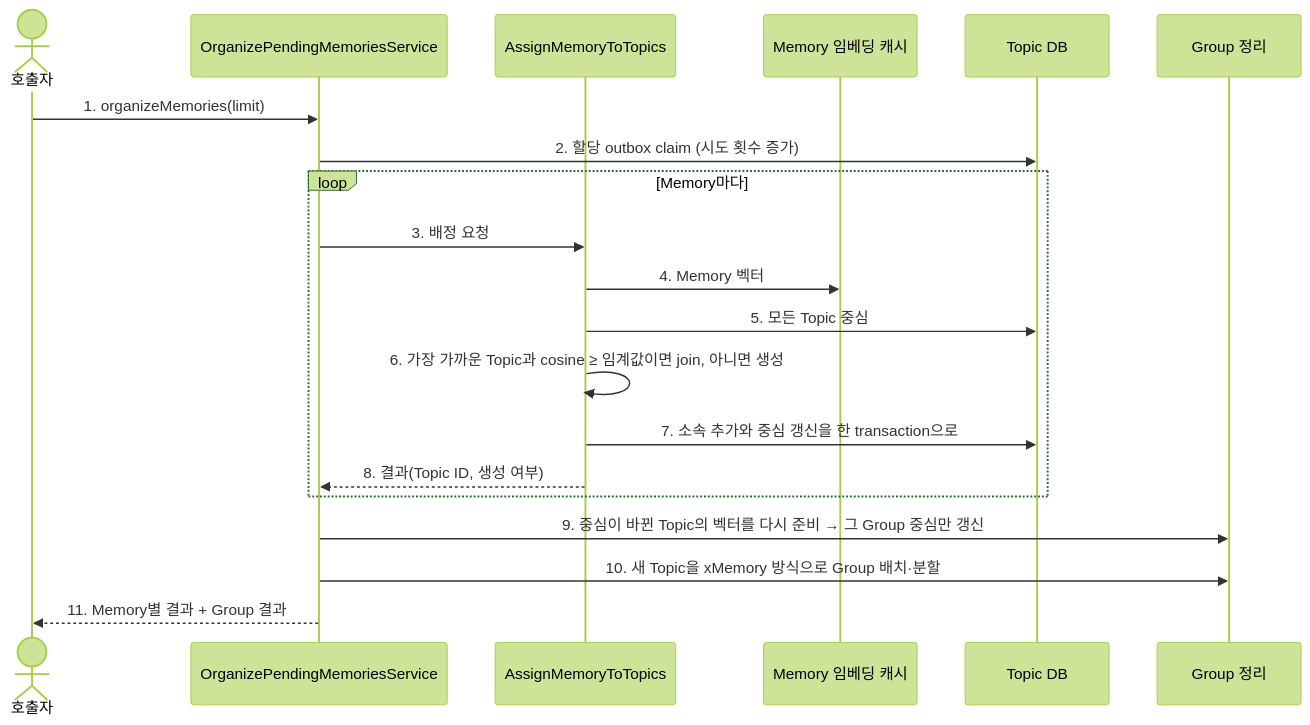
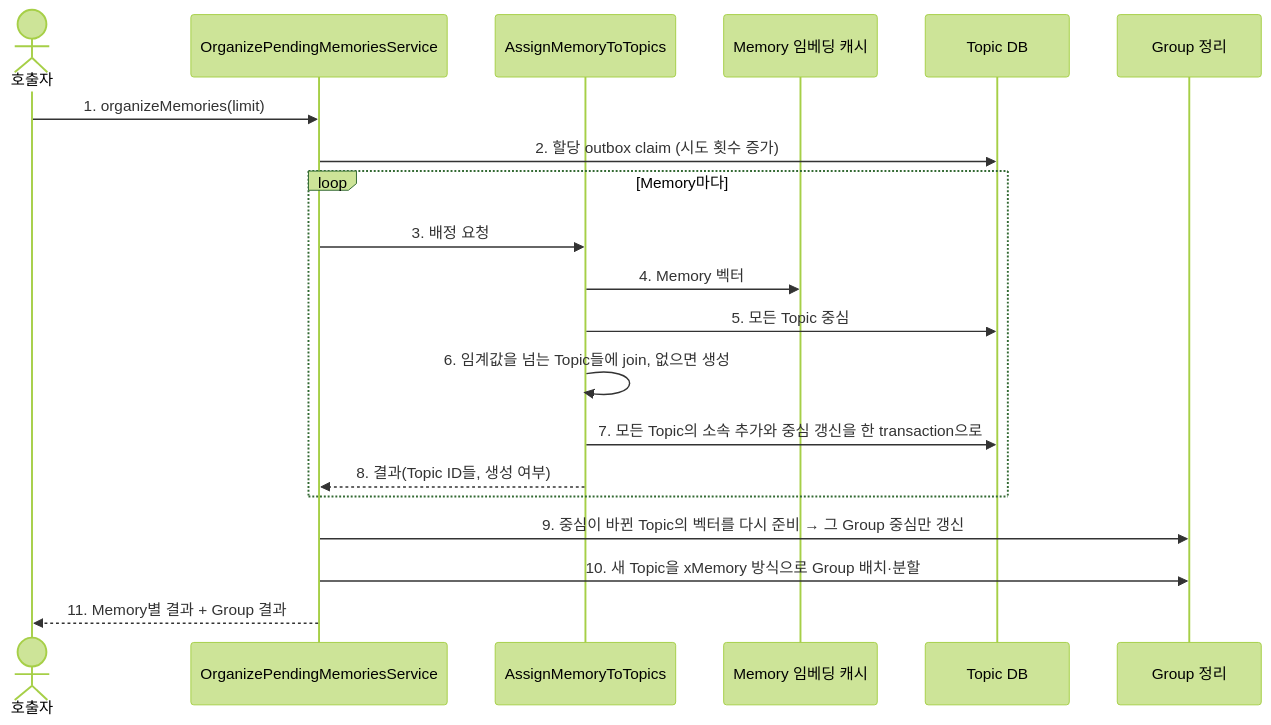
Before and after one commit to magenta1223/home_assistant: the first of 2 diagrams in application/src/main/kotlin/com/homeassistant/application/usecase/topic/README.md, drawn with Mermaid (forest theme). The commit also changed other lines of this file and 16 other files, not shown here.

Commit message:
feat: assign a memory to every near topic in one write

````diff
--- a/application/src/main/kotlin/com/homeassistant/application/usecase/topic/README.md
+++ b/application/src/main/kotlin/com/homeassistant/application/usecase/topic/README.md
@@ -15,22 +15,22 @@
 ```mermaid
 sequenceDiagram
     actor Caller as 호출자
     participant Batch as OrganizePendingMemoriesService
     participant Assign as AssignMemoryToTopics
     participant Embed as Memory 임베딩 캐시
     participant Store as Topic DB
     participant Groups as Group 정리
     Caller->>Batch: 1. organizeMemories(limit)
     Batch->>Store: 2. 할당 outbox claim (시도 횟수 증가)
     loop Memory마다
         Batch->>Assign: 3. 배정 요청
         Assign->>Embed: 4. Memory 벡터
         Assign->>Store: 5. 모든 Topic 중심
-        Assign->>Assign: 6. 가장 가까운 Topic과 cosine ≥ 임계값이면 join, 아니면 생성
-        Assign->>Store: 7. 소속 추가와 중심 갱신을 한 transaction으로
-        Assign-->>Batch: 8. 결과(Topic ID, 생성 여부)
+        Assign->>Assign: 6. 임계값을 넘는 Topic들에 join, 없으면 생성
+        Assign->>Store: 7. 모든 Topic의 소속 추가와 중심 갱신을 한 transaction으로
+        Assign-->>Batch: 8. 결과(Topic ID들, 생성 여부)
     end
     Batch->>Groups: 9. 중심이 바뀐 Topic의 벡터를 다시 준비 → 그 Group 중심만 갱신
     Batch->>Groups: 10. 새 Topic을 xMemory 방식으로 Group 배치·분할
     Batch-->>Caller: 11. Memory별 결과 + Group 결과
 ```
````
